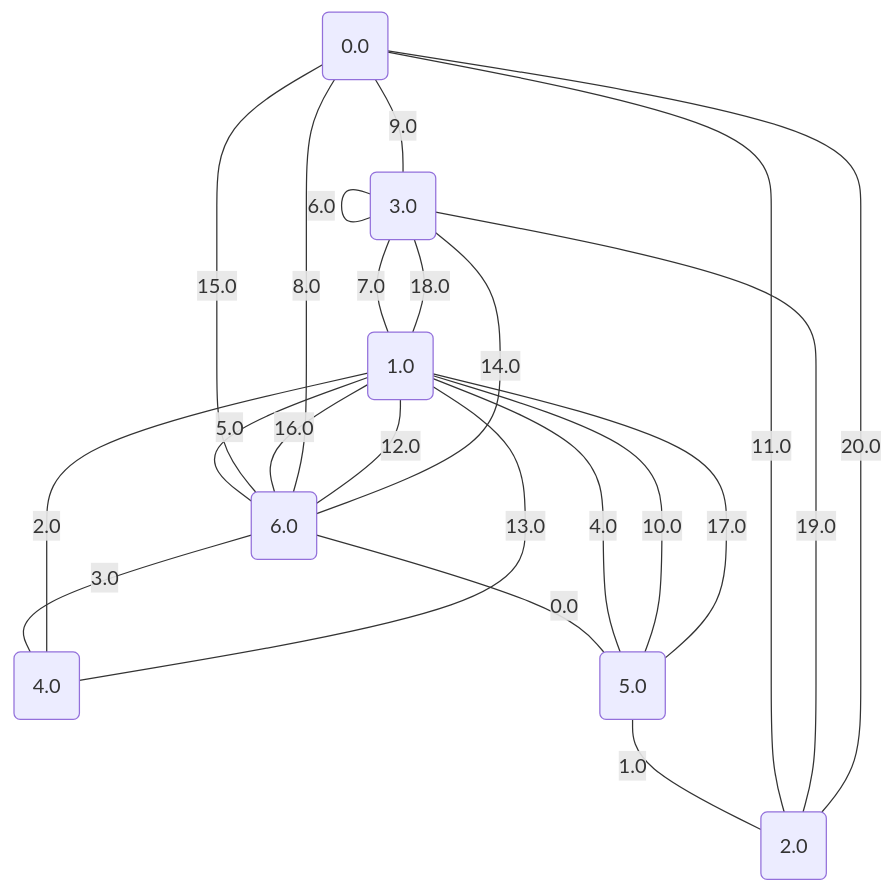
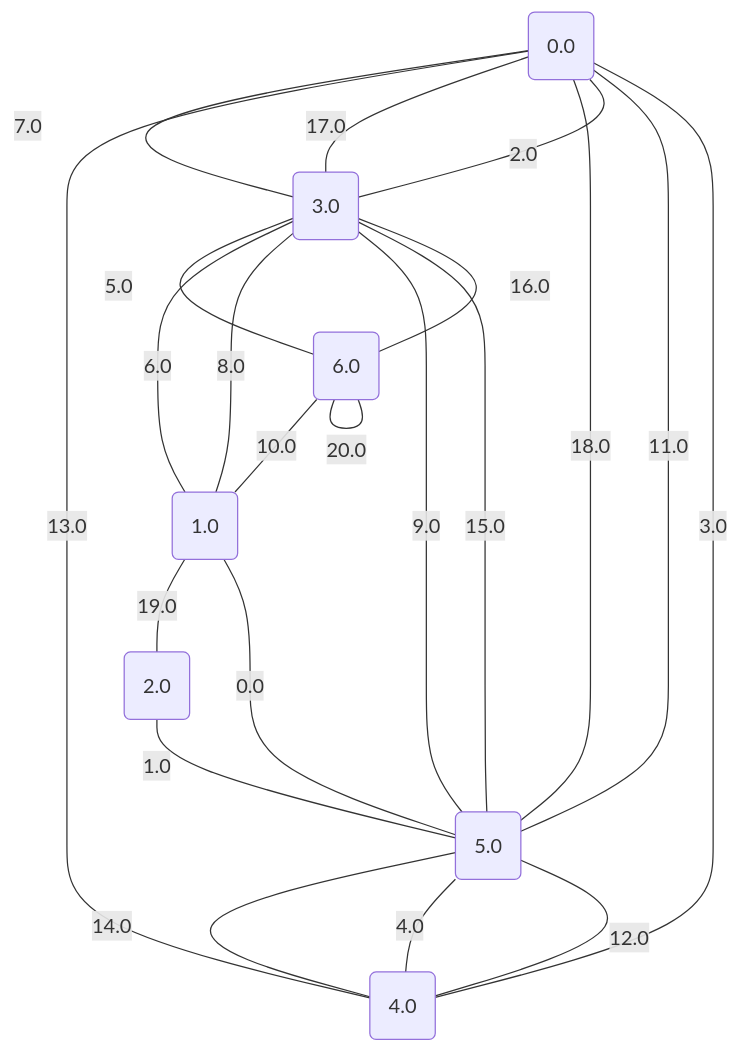
The diagram in project/src/testing/graphs/2.md (metury/graphs), drawn with Mermaid before and after one commit. The commit also changed 27 other files, not shown here.

````diff
--- a/project/src/testing/graphs/2.md
+++ b/project/src/testing/graphs/2.md
@@ -1,31 +1,31 @@
 ```mermaid
 graph TD;
 0("0.0");
 1("1.0");
 2("2.0");
 3("3.0");
 4("4.0");
 5("5.0");
 6("6.0");
-	6 -- "0.0" --- 5;
-	5 -- "1.0" --- 2;
-	4 -- "2.0" --- 1;
-	6 -- "3.0" --- 4;
-	1 -- "4.0" --- 5;
-	1 -- "5.0" --- 6;
-	3 -- "6.0" --- 3;
-	3 -- "7.0" --- 1;
-	6 -- "8.0" --- 0;
-	0 -- "9.0" --- 3;
-	1 -- "10.0" --- 5;
-	0 -- "11.0" --- 2;
-	6 -- "12.0" --- 1;
-	4 -- "13.0" --- 1;
-	6 -- "14.0" --- 3;
-	0 -- "15.0" --- 6;
-	1 -- "16.0" --- 6;
-	5 -- "17.0" --- 1;
-	1 -- "18.0" --- 3;
-	3 -- "19.0" --- 2;
-	0 -- "20.0" --- 2;
+	5 -- "0.0" --- 1;
+	2 -- "1.0" --- 5;
+	3 -- "2.0" --- 0;
+	4 -- "3.0" --- 0;
+	4 -- "4.0" --- 5;
+	3 -- "5.0" --- 6;
+	3 -- "6.0" --- 1;
+	0 -- "7.0" --- 3;
+	3 -- "8.0" --- 1;
+	3 -- "9.0" --- 5;
+	6 -- "10.0" --- 1;
+	5 -- "11.0" --- 0;
+	4 -- "12.0" --- 5;
+	0 -- "13.0" --- 4;
+	5 -- "14.0" --- 4;
+	3 -- "15.0" --- 5;
+	6 -- "16.0" --- 3;
+	0 -- "17.0" --- 3;
+	0 -- "18.0" --- 5;
+	1 -- "19.0" --- 2;
+	6 -- "20.0" --- 6;
 ```
````
